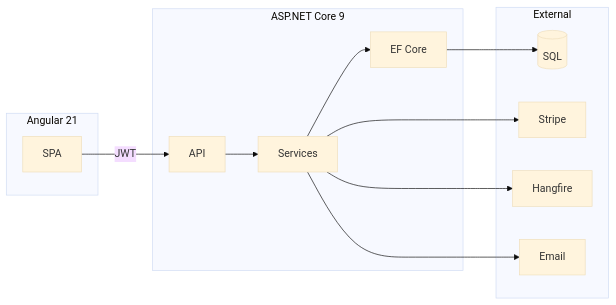
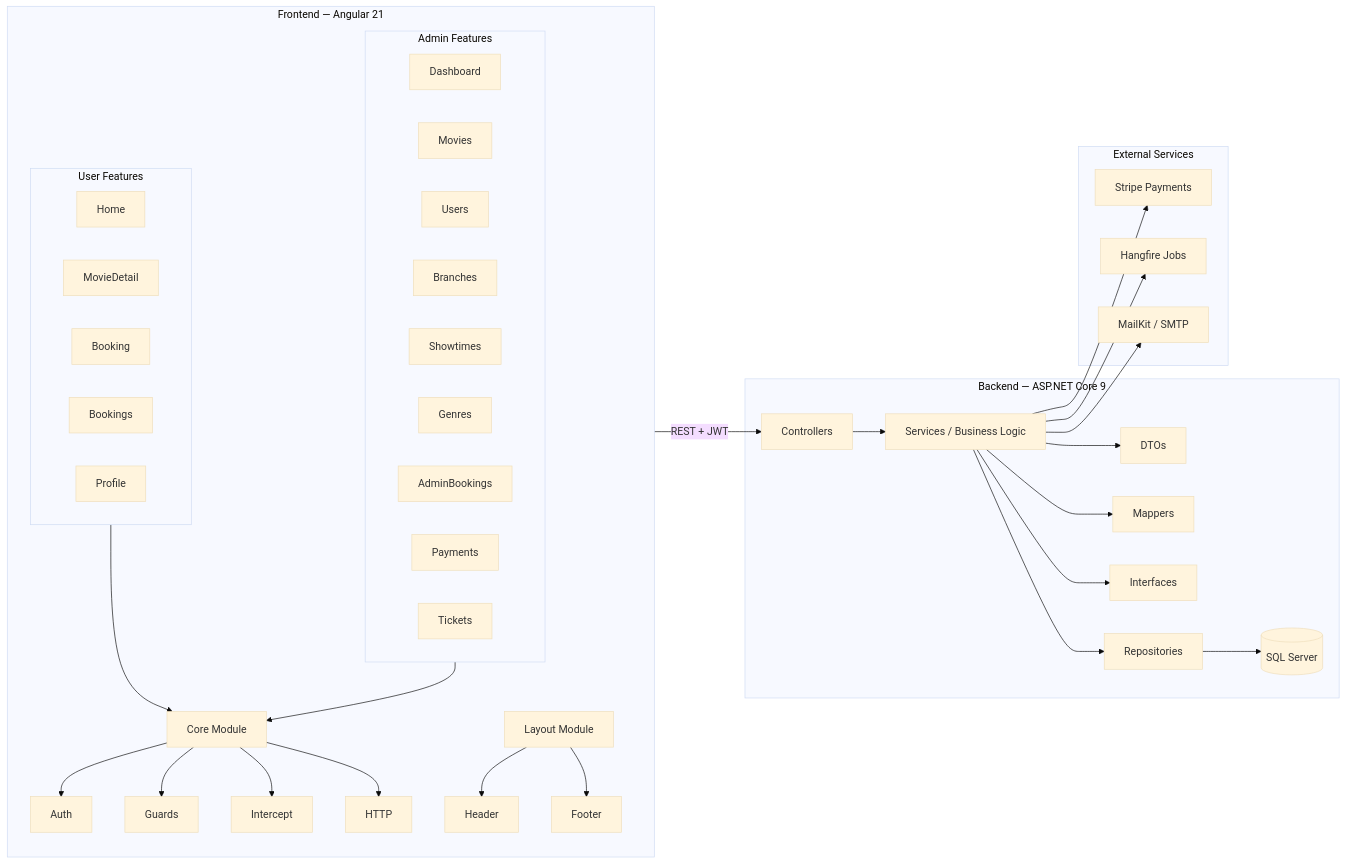
One commit to OmarAbouelkheirr/CinemaVerse changed the first of 3 diagrams in README.md. Above: the diagram before and after it, drawn with Mermaid (base theme). The commit also changed other lines of this file, not shown here.

Commit message:
docs: expand Architecture Mermaid diagram with full project details

````diff
--- a/README.md
+++ b/README.md
@@ -143,15 +143,27 @@
 ```mermaid
 graph LR
-    subgraph Frontend["Angular 21"]
-        A[SPA]
+    subgraph Frontend["Frontend — Angular 21"]
+        Core[Core Module] --> Auth & Guards & Intercept & HTTP
+        Layout[Layout Module] --> Header & Footer
+        subgraph User["User Features"]
+            Home & MovieDetail & Booking & Bookings & Profile
+        end
+        subgraph Admin["Admin Features"]
+            Dashboard & Movies & Users & Branches & Showtimes & Genres & AdminBookings & Payments & Tickets
+        end
+        User --> Core
+        Admin --> Core
     end
-    subgraph Backend["ASP.NET Core 9"]
-        B[API] --> C[Services] --> D[EF Core]
+    subgraph Backend["Backend — ASP.NET Core 9"]
+        API[Controllers] --> SVC[Services / Business Logic]
+        SVC --> DTOs & Mappers & Interfaces
+        SVC --> Repository[Repositories] --> DB[(SQL Server)]
     end
-    subgraph External["External"]
-        E[(SQL)] & F[Stripe] & G[Hangfire] & H[Email]
+    subgraph External["External Services"]
+        Stripe[Stripe Payments]
+        Hangfire[Hangfire Jobs]
+        Email[MailKit / SMTP]
     end
-    A -->|JWT| B
-    D --> E
-    C --> F & G & H
+    Frontend -->|REST + JWT| API
+    SVC --> Stripe & Hangfire & Email
 ```
````
